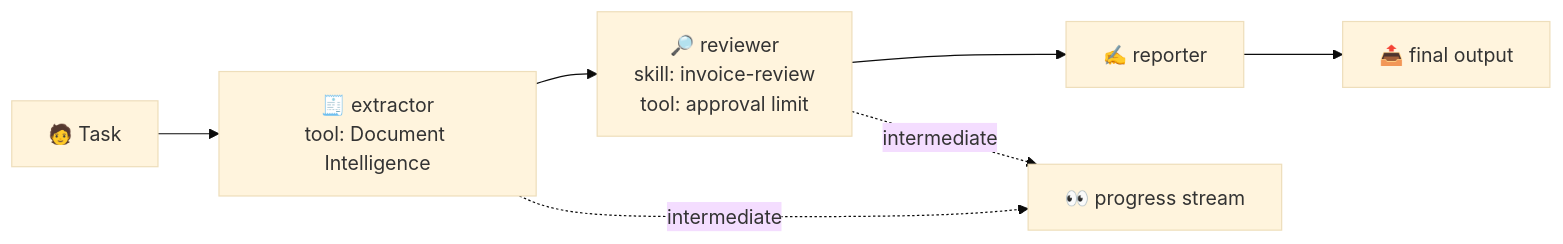
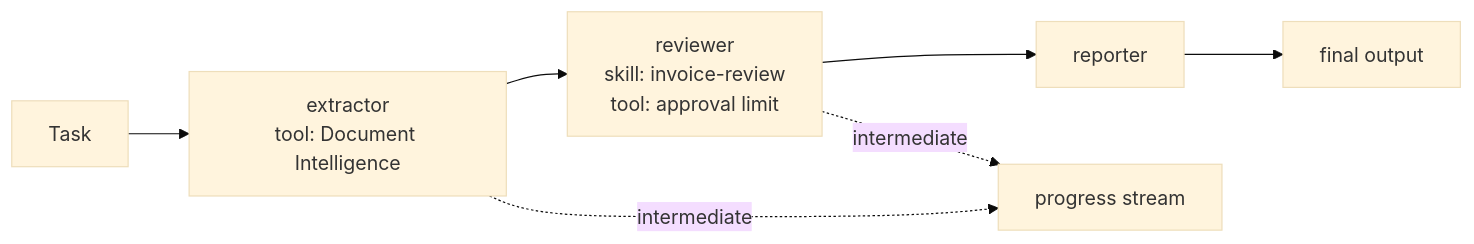
Before and after one commit to nampacx/MS-Foundry-from-0-to-hero: the first of 2 diagrams in docs/workflows.md, drawn with Mermaid (base theme). The commit also changed other lines of this file and 37 other files, not shown here.

````diff
--- a/docs/workflows.md
+++ b/docs/workflows.md
@@ -19,9 +19,9 @@
 ```mermaid
 flowchart LR
-  U[🧑 Task] --> E[🧾 extractor<br/>tool: Document Intelligence]
-  E --> R[🔎 reviewer<br/>skill: invoice-review<br/>tool: approval limit]
-  R --> P[✍️ reporter]
-  P --> O[📤 final output]
-  E -. intermediate .-> S[👀 progress stream]
+  U[Task] --> E[extractor<br/>tool: Document Intelligence]
+  E --> R[reviewer<br/>skill: invoice-review<br/>tool: approval limit]
+  R --> P[reporter]
+  P --> O[final output]
+  E -. intermediate .-> S[progress stream]
   R -. intermediate .-> S
 ```
````
